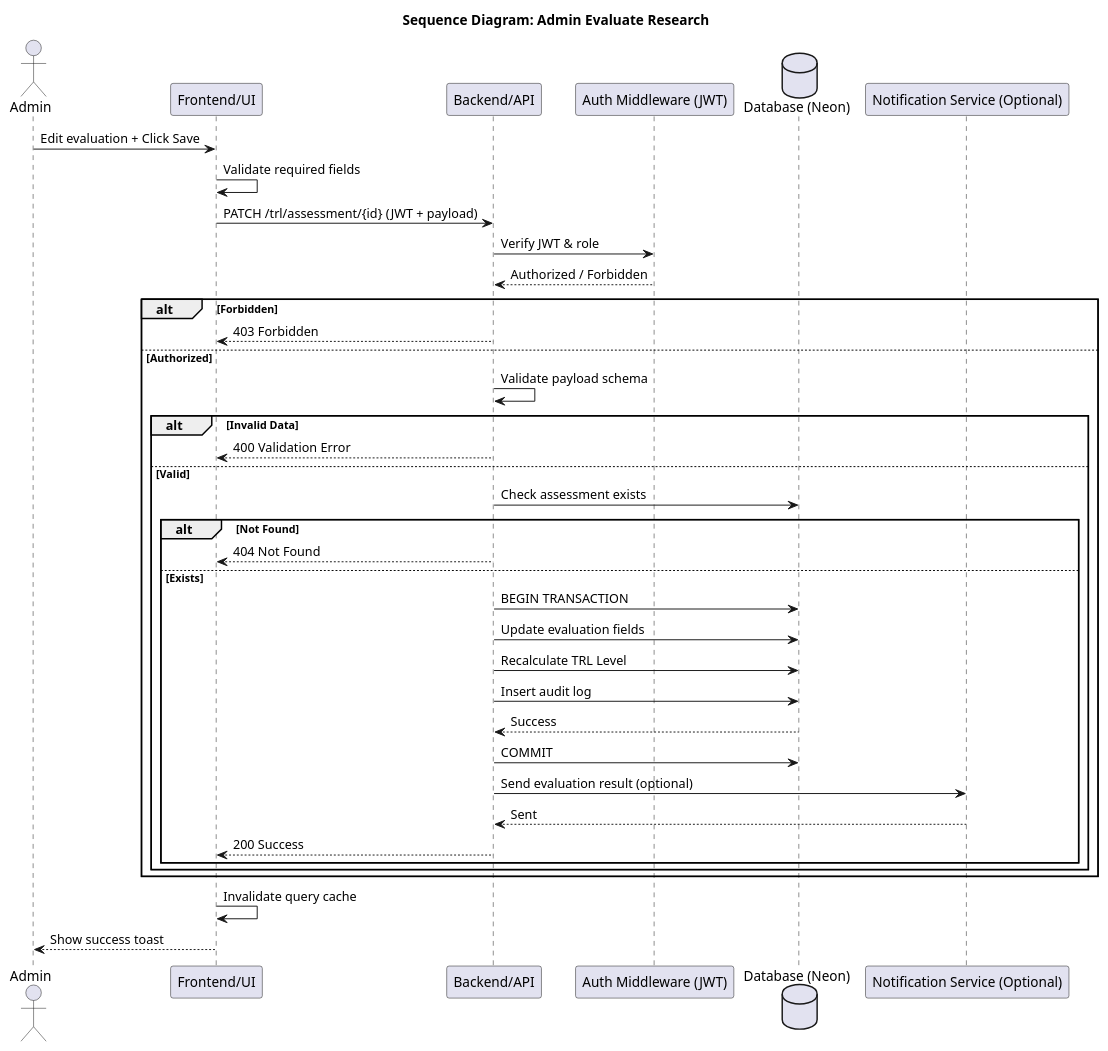
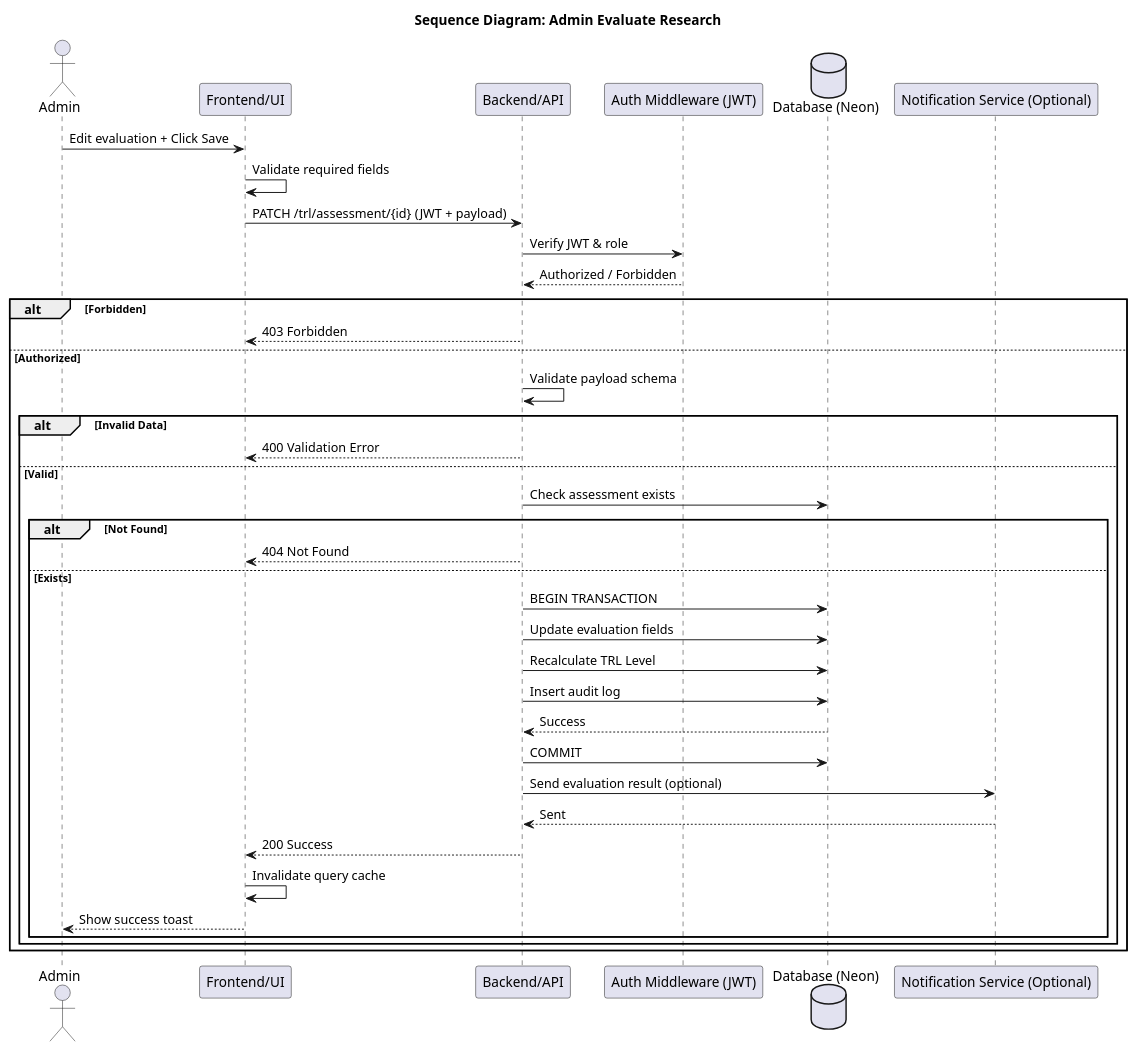
The diagram in sequence diagram/admin/admin_evaluate_research.puml (punyanuch-h/trl-research-frontend), drawn with PlantUML before and after one commit. The commit also changed 14 other files, not shown here.

```diff
--- a/sequence diagram/admin/admin_evaluate_research.puml
+++ b/sequence diagram/admin/admin_evaluate_research.puml
@@ -1,45 +1,44 @@
 @startuml
 title Sequence Diagram: Admin Evaluate Research
 
 actor Admin
 participant "Frontend/UI" as UI
 participant "Backend/API" as API
 participant "Auth Middleware (JWT)" as AUTH
 database "Database (Neon)" as DB
 participant "Notification Service (Optional)" as NOTI
 
 Admin -> UI: Edit evaluation + Click Save
 UI -> UI: Validate required fields
 UI -> API: PATCH /trl/assessment/{id} (JWT + payload)
 
 API -> AUTH: Verify JWT & role
 AUTH --> API: Authorized / Forbidden
 
 alt Forbidden
     API --> UI: 403 Forbidden
 else Authorized
     API -> API: Validate payload schema
     alt Invalid Data
         API --> UI: 400 Validation Error
     else Valid
         API -> DB: Check assessment exists
         alt Not Found
             API --> UI: 404 Not Found
         else Exists
             API -> DB: BEGIN TRANSACTION
             API -> DB: Update evaluation fields
             API -> DB: Recalculate TRL Level
             API -> DB: Insert audit log
             DB --> API: Success
             API -> DB: COMMIT
             API -> NOTI: Send evaluation result (optional)
             NOTI --> API: Sent
             API --> UI: 200 Success
+            UI -> UI: Invalidate query cache
+            UI --> Admin: Show success toast
         end
     end
 end
 
-UI -> UI: Invalidate query cache
-UI --> Admin: Show success toast
-
 @enduml
```
